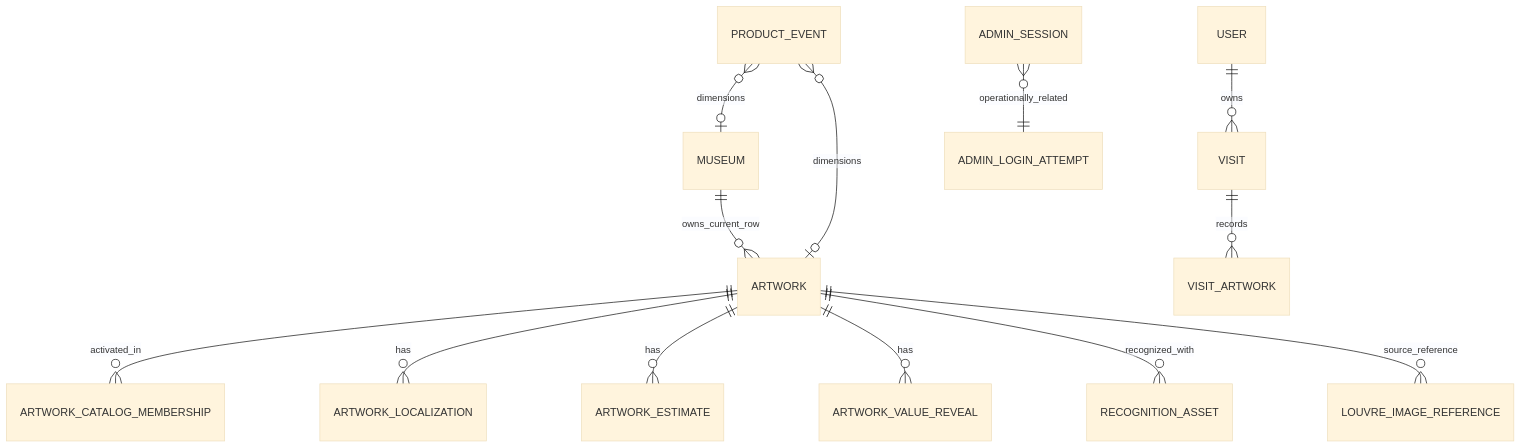
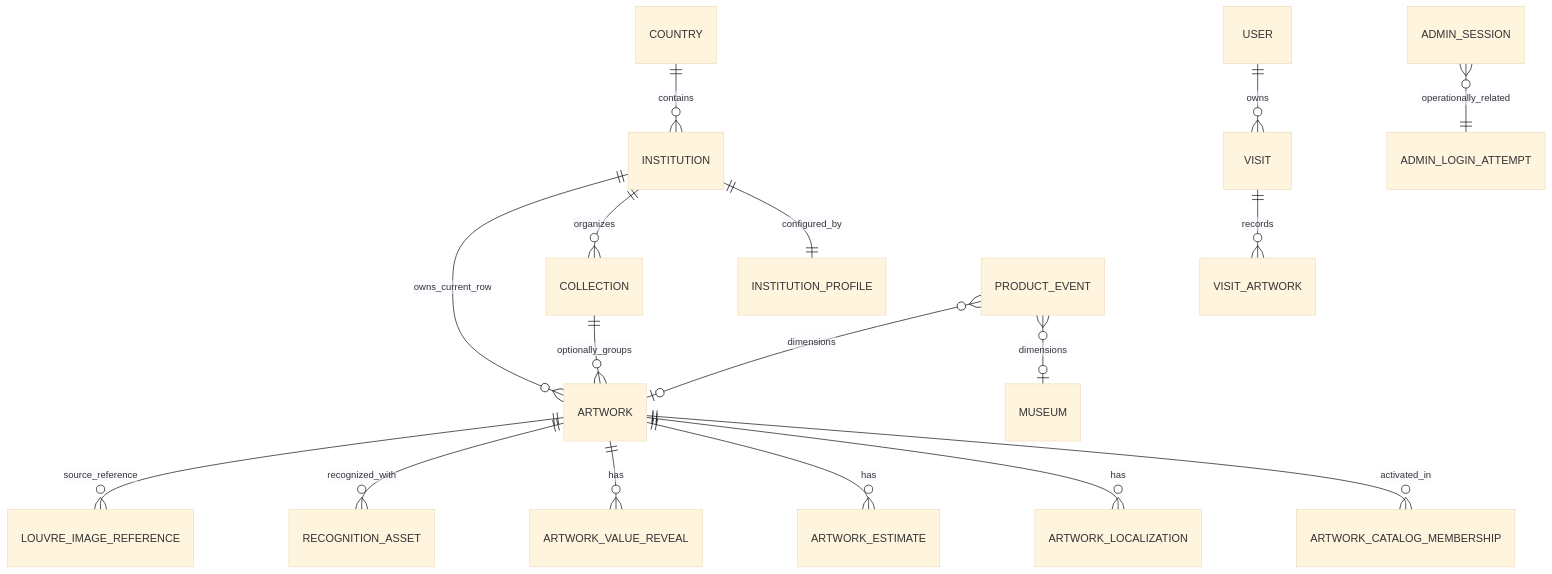
Before and after one commit to shopqrepublik/aura: the first of 2 diagrams in docs/architecture/DATA_MODEL.md, drawn with Mermaid (base theme). The commit also changed other lines of this file and 19 other files, not shown here.

````diff
--- a/docs/architecture/DATA_MODEL.md
+++ b/docs/architecture/DATA_MODEL.md
@@ -7,15 +7,19 @@
 ```mermaid
 erDiagram
-  MUSEUM ||--o{ ARTWORK : owns_current_row
+  COUNTRY ||--o{ INSTITUTION : contains
+  INSTITUTION ||--|| INSTITUTION_PROFILE : configured_by
+  INSTITUTION ||--o{ COLLECTION : organizes
+  INSTITUTION ||--o{ ARTWORK : owns_current_row
+  COLLECTION ||--o{ ARTWORK : optionally_groups
   ARTWORK ||--o{ ARTWORK_CATALOG_MEMBERSHIP : activated_in
   ARTWORK ||--o{ ARTWORK_LOCALIZATION : has
   ARTWORK ||--o{ ARTWORK_ESTIMATE : has
   ARTWORK ||--o{ ARTWORK_VALUE_REVEAL : has
   ARTWORK ||--o{ RECOGNITION_ASSET : recognized_with
   ARTWORK ||--o{ LOUVRE_IMAGE_REFERENCE : source_reference
   USER ||--o{ VISIT : owns
   VISIT ||--o{ VISIT_ARTWORK : records
   PRODUCT_EVENT }o--o| MUSEUM : dimensions
   PRODUCT_EVENT }o--o| ARTWORK : dimensions
   ADMIN_SESSION }o--|| ADMIN_LOGIN_ATTEMPT : operationally_related
 ```
````
